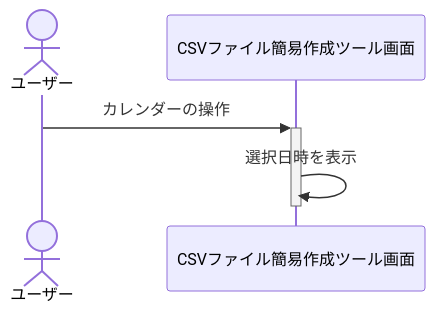
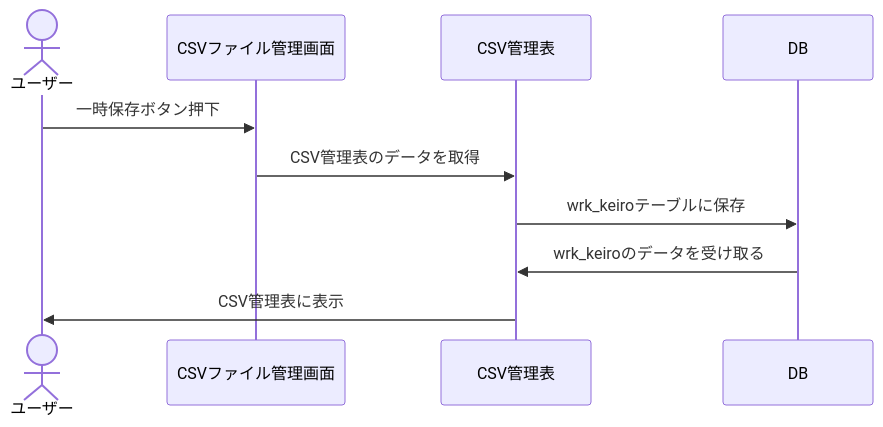
Before and after one commit to brain-yuhei/CsvCreateTool: the fourth of 7 diagrams in AttrMF/csvdownload/csvcreate/docs/CreateKeiro.md, drawn with Mermaid. The commit also changed other lines of this file and 16 other files, not shown here.

````diff
--- a/AttrMF/csvdownload/csvcreate/docs/CreateKeiro.md
+++ b/AttrMF/csvdownload/csvcreate/docs/CreateKeiro.md
@@ -325,10 +171,14 @@
 ```mermaid
 sequenceDiagram
 actor 1 as ユーザー
-participant 2 as CSVファイル簡易作成ツール画面
+participant 2 as CSVファイル管理画面
+participant 3 as CSV管理表
+participant 4 as DB
 
-
-1->>+2: カレンダーの操作
-2->>-2: 選択日時を表示
+1->>2: 一時保存ボタン押下
+2->>3: CSV管理表のデータを取得
+3->>4: wrk_keiroテーブルに保存
+4->>3: wrk_keiroのデータを受け取る
+3->>1: CSV管理表に表示
 
 ```
````
